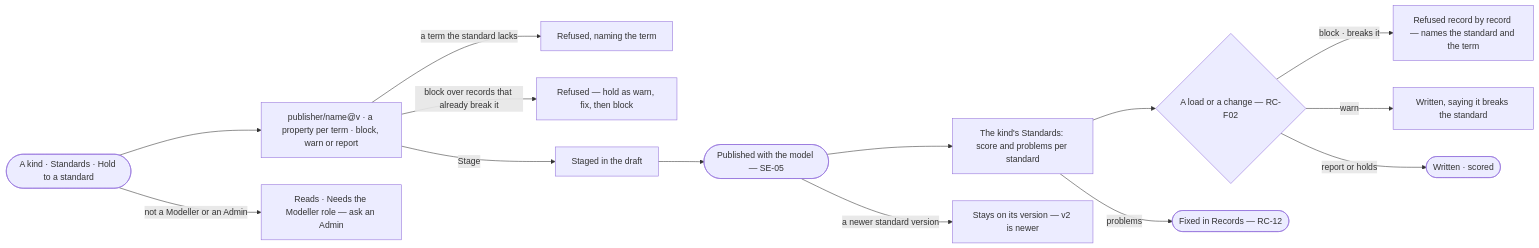
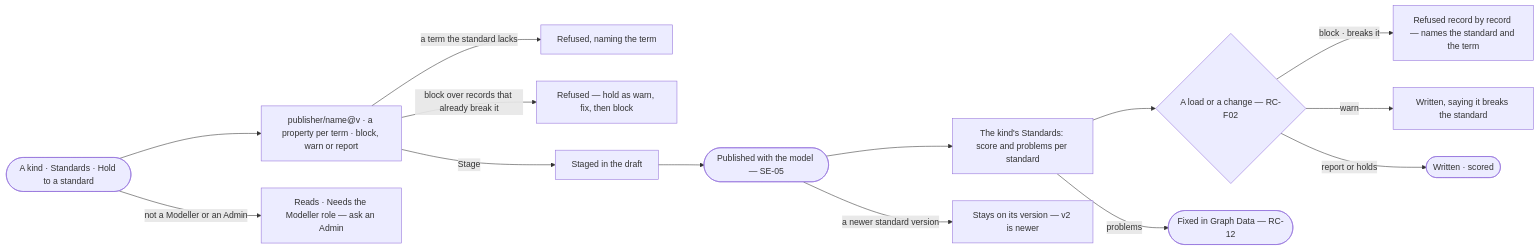
The diagram in specs/capabilities/semantics/features/SE-F07-rules/stories/SE-19-hold-a-kind-to-a-standard/story.md (invana/invana), drawn with Mermaid before and after one commit. The commit also changed 133 other files, not shown here.

````diff
--- a/specs/capabilities/semantics/features/SE-F07-rules/stories/SE-19-hold-a-kind-to-a-standard/story.md
+++ b/specs/capabilities/semantics/features/SE-F07-rules/stories/SE-19-hold-a-kind-to-a-standard/story.md
@@ -29,15 +29,15 @@
 ```mermaid
 flowchart LR
   a([A kind · Standards · Hold to a standard]) --> s["publisher/name@v · a property per term · block, warn or report"]
   s -->|a term the standard lacks| x1["Refused, naming the term"]
   s -->|block over records that already break it| x2["Refused — hold as warn, fix, then block"]
   s -->|Stage| d["Staged in the draft"] --> pub(["Published with the model — SE-05"])
   pub --> c["The kind's Standards: score and problems per standard"]
   c --> ld{A load or a change — RC-F02}
   ld -->|block · breaks it| b["Refused record by record — names the standard and the term"]
   ld -->|warn| w["Written, saying it breaks the standard"]
   ld -->|report or holds| r(["Written · scored"])
-  c -->|problems| q(["Fixed in Records — RC-12"])
+  c -->|problems| q(["Fixed in Graph Data — RC-12"])
   pub -->|a newer standard version| pin["Stays on its version — v2 is newer"]
   a -->|not a Modeller or an Admin| na["Reads · Needs the Modeller role — ask an Admin"]
 ```
````
